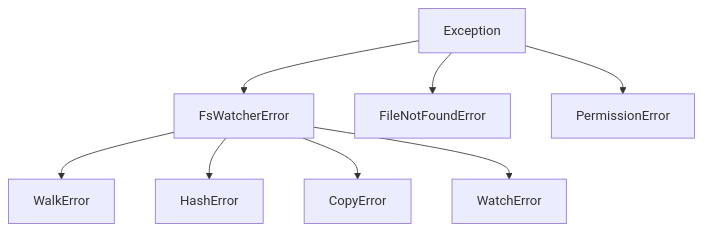
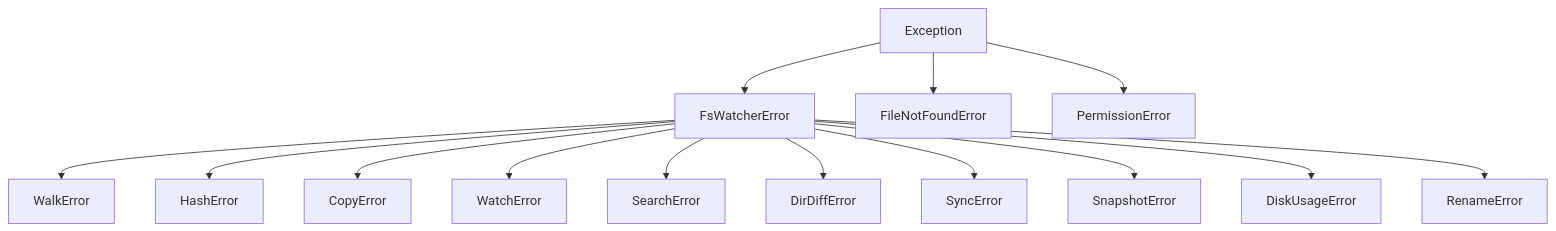
One commit to pratyush618/fs-watcher changed the diagram in docs/api/exceptions.md. Above: the diagram before and after it, drawn with Mermaid. The commit also changed other lines of this file and 42 other files, not shown here.

````diff
--- a/docs/api/exceptions.md
+++ b/docs/api/exceptions.md
@@ -7,10 +7,16 @@
 ```mermaid
 graph TD
     A[Exception] --> B[FsWatcherError]
     B --> C[WalkError]
     B --> D[HashError]
     B --> E[CopyError]
     B --> F[WatchError]
-    A --> G[FileNotFoundError]
-    A --> H[PermissionError]
+    B --> G[SearchError]
+    B --> H[DirDiffError]
+    B --> I[SyncError]
+    B --> J[SnapshotError]
+    B --> K[DiskUsageError]
+    B --> L[RenameError]
+    A --> M[FileNotFoundError]
+    A --> N[PermissionError]
 ```
````
